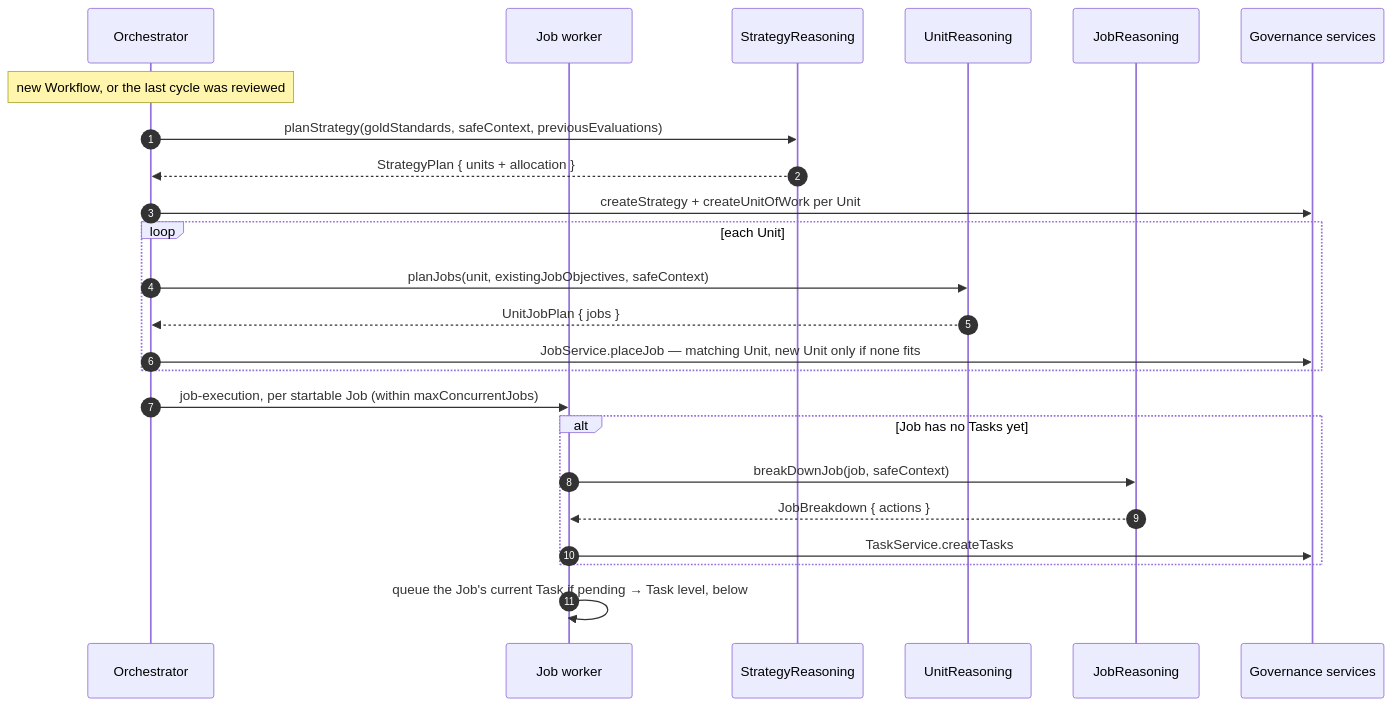
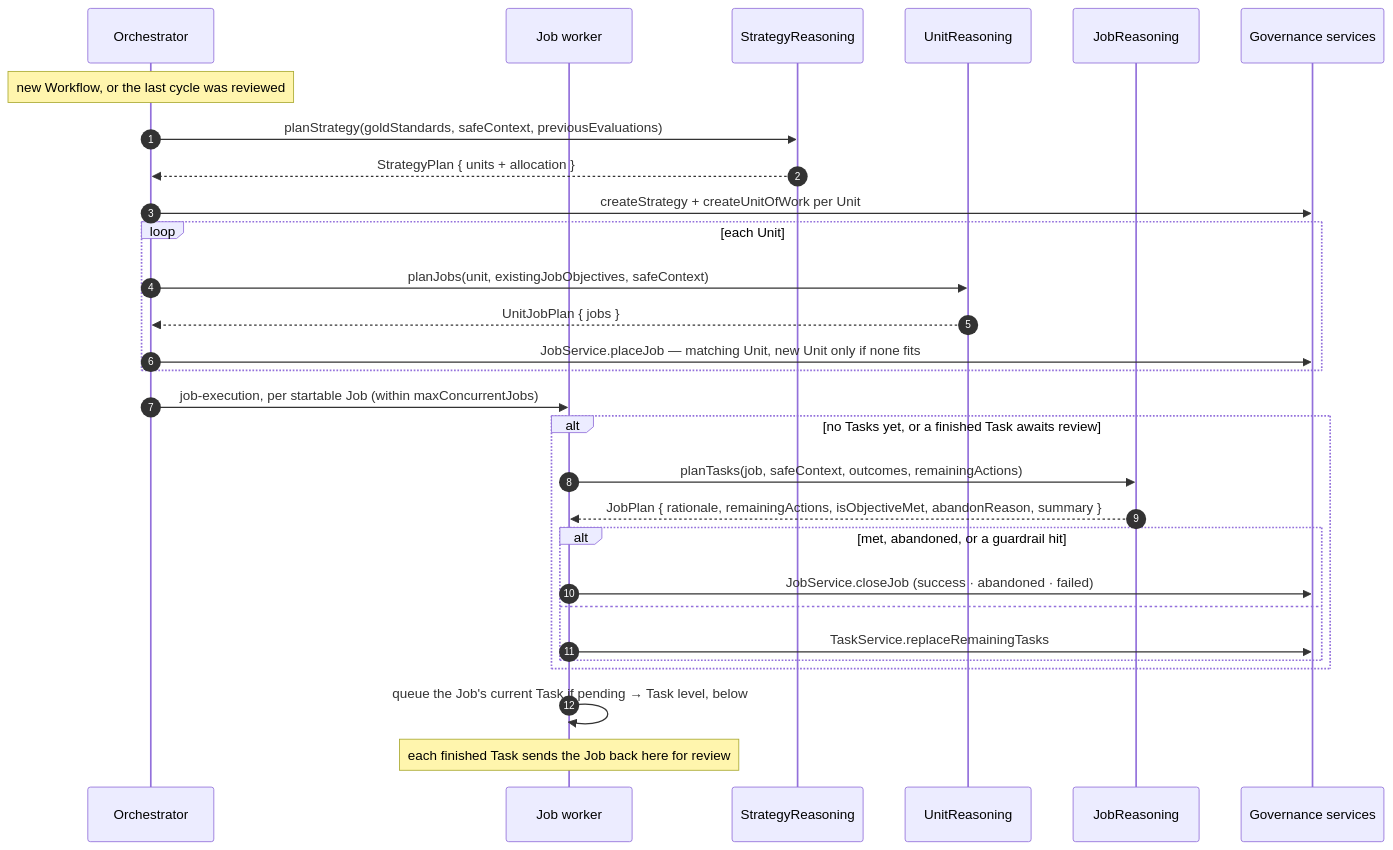
Before and after one commit to BaraaSoft/agentcores: the second of 5 diagrams in packages/backend/src/reasoning/tech-spec.md, drawn with Mermaid. The commit also changed other lines of this file and 36 other files, not shown here.

First line of the commit message:
Enhance job and task management in governance module

````diff
--- a/packages/backend/src/reasoning/tech-spec.md
+++ b/packages/backend/src/reasoning/tech-spec.md
@@ -84,27 +86,32 @@
 ```mermaid
 sequenceDiagram
     autonumber
     participant O as Orchestrator
     participant JW as Job worker
     participant S as StrategyReasoning
     participant U as UnitReasoning
     participant J as JobReasoning
     participant DB as Governance services
 
     Note over O: new Workflow, or the last cycle was reviewed
     O->>S: planStrategy(goldStandards, safeContext, previousEvaluations)
     S-->>O: StrategyPlan { units + allocation }
     O->>DB: createStrategy + createUnitOfWork per Unit
     loop each Unit
         O->>U: planJobs(unit, existingJobObjectives, safeContext)
         U-->>O: UnitJobPlan { jobs }
         O->>DB: JobService.placeJob — matching Unit, new Unit only if none fits
     end
     O->>JW: job-execution, per startable Job (within maxConcurrentJobs)
-    alt Job has no Tasks yet
-        JW->>J: breakDownJob(job, safeContext)
-        J-->>JW: JobBreakdown { actions }
-        JW->>DB: TaskService.createTasks
+    alt no Tasks yet, or a finished Task awaits review
+        JW->>J: planTasks(job, safeContext, outcomes, remainingActions)
+        J-->>JW: JobPlan { rationale, remainingActions, isObjectiveMet, abandonReason, summary }
+        alt met, abandoned, or a guardrail hit
+            JW->>DB: JobService.closeJob (success · abandoned · failed)
+        else
+            JW->>DB: TaskService.replaceRemainingTasks
+        end
     end
     JW->>JW: queue the Job's current Task if pending → Task level, below
+    Note over JW: each finished Task sends the Job back here for review
 ```
````
